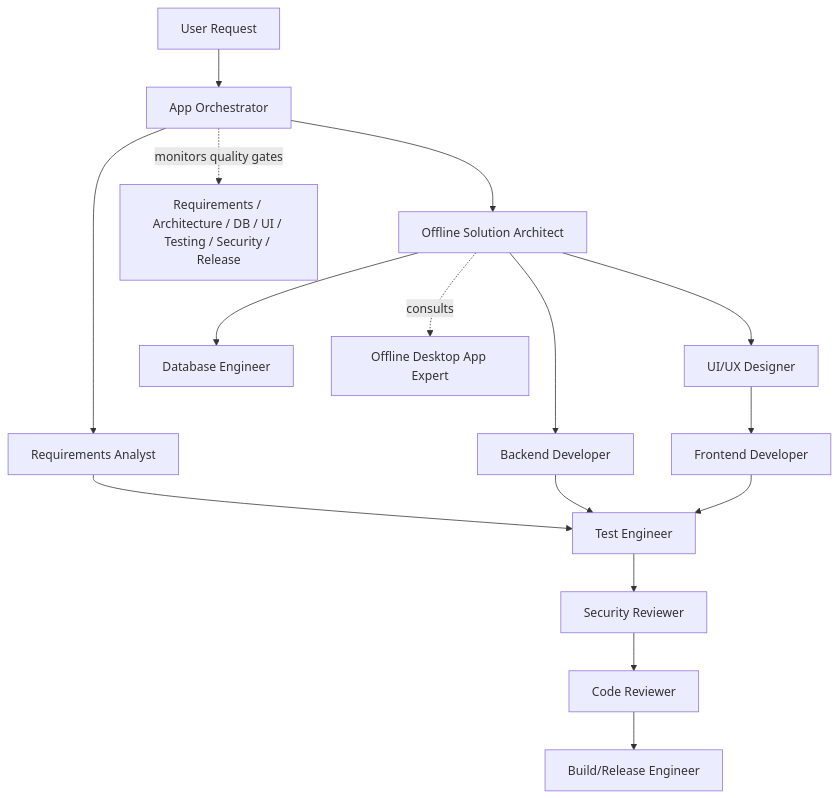
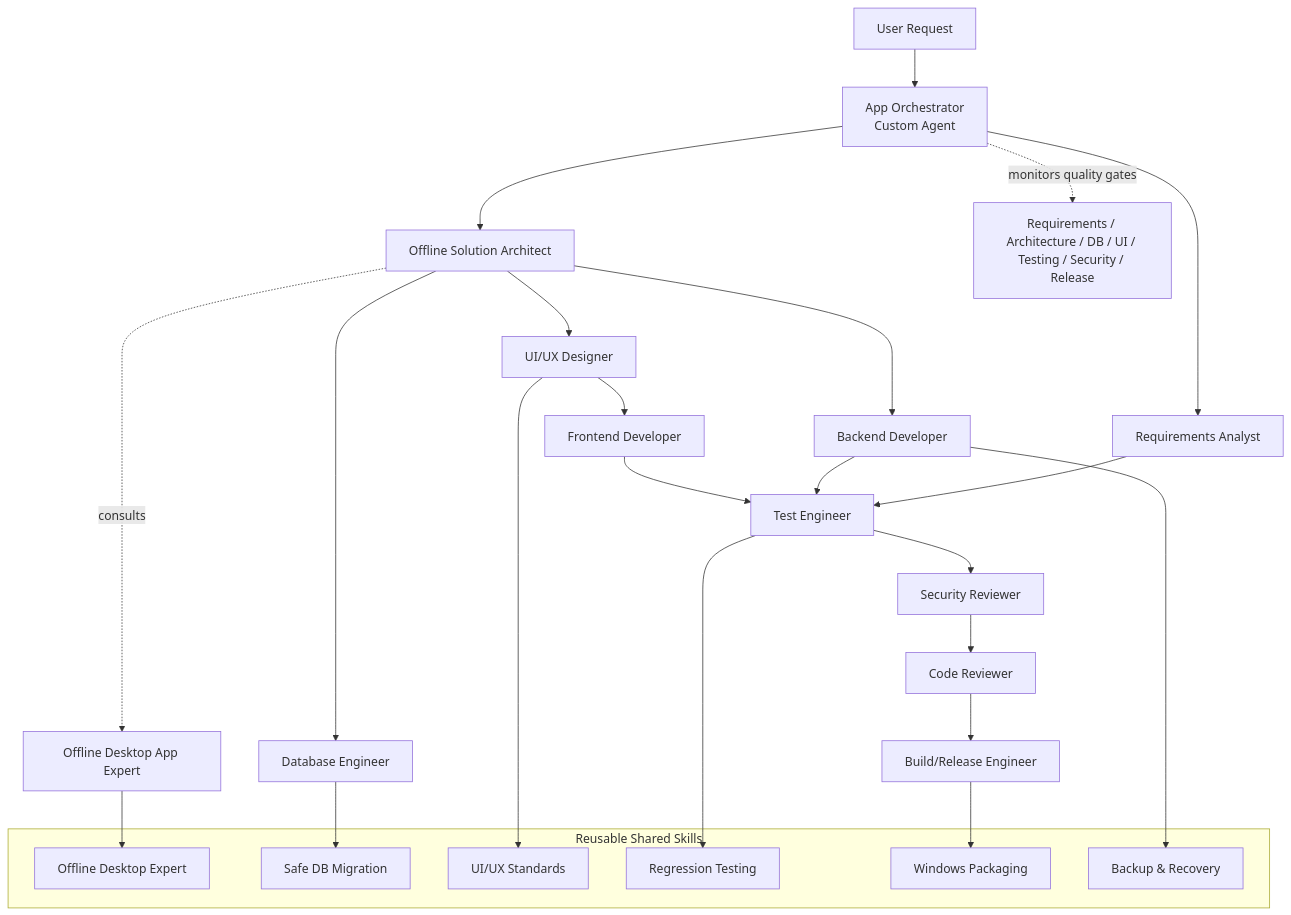
Before and after one commit to Pinungr/service: the diagram in docs/skill-framework-overview.md, drawn with Mermaid. The commit also changed other lines of this file and 45 other files, not shown here.

````diff
--- a/docs/skill-framework-overview.md
+++ b/docs/skill-framework-overview.md
@@ -28,18 +28,34 @@
 ```mermaid
 flowchart TD
-    A[User Request] --> B[App Orchestrator]
+    A[User Request] --> B[App Orchestrator\nCustom Agent]
     B --> C[Requirements Analyst]
     B --> D[Offline Solution Architect]
     D --> E[UI/UX Designer]
     D --> F[Database Engineer]
     D --> G[Backend Developer]
     E --> H[Frontend Developer]
     C --> I[Test Engineer]
     G --> I
     H --> I
     I --> J[Security Reviewer]
     J --> K[Code Reviewer]
     K --> L[Build/Release Engineer]
     D -. consults .-> M[Offline Desktop App Expert]
     B -. monitors quality gates .-> N[Requirements / Architecture / DB / UI / Testing / Security / Release]
+
+    subgraph SharedSkills[Reusable Shared Skills]
+        S1[Offline Desktop Expert]
+        S2[Safe DB Migration]
+        S3[UI/UX Standards]
+        S4[Regression Testing]
+        S5[Windows Packaging]
+        S6[Backup & Recovery]
+    end
+
+    M --> S1
+    F --> S2
+    E --> S3
+    I --> S4
+    L --> S5
+    G --> S6
 ```
````
